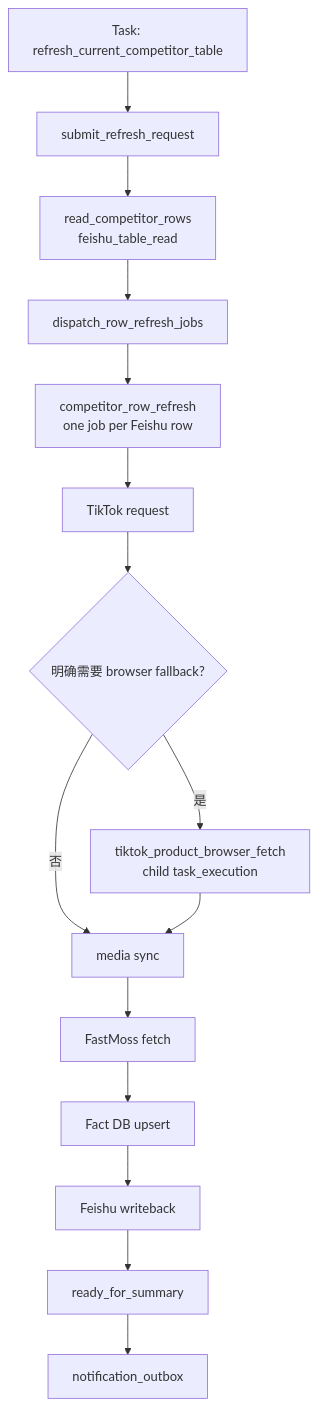
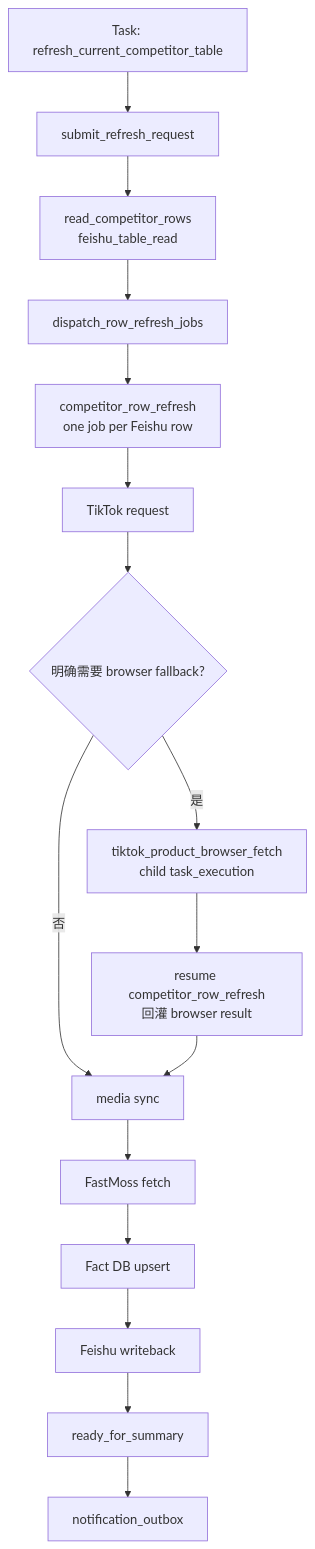
The first of 5 diagrams in docs/arch/workflow-competitor-table-design.md (knighterrantsky/mujitask), drawn with Mermaid before and after one commit. The commit also changed other lines of this file and 44 other files, not shown here.

Commit message:
Fix browser fallback resume boundaries

````diff
--- a/docs/arch/workflow-competitor-table-design.md
+++ b/docs/arch/workflow-competitor-table-design.md
@@ -35,17 +35,18 @@
 ```mermaid
 flowchart TD
     A["Task: refresh_current_competitor_table"] --> B["submit_refresh_request"]
     B --> C["read_competitor_rows<br/>feishu_table_read"]
     C --> D["dispatch_row_refresh_jobs"]
     D --> E["competitor_row_refresh<br/>one job per Feishu row"]
     E --> F["TikTok request"]
     F --> G{"明确需要 browser fallback?"}
     G -->|是| H["tiktok_product_browser_fetch<br/>child task_execution"]
     G -->|否| I["media sync"]
-    H --> I
+    H --> H2["resume competitor_row_refresh<br/>回灌 browser result"]
+    H2 --> I
     I --> J["FastMoss fetch"]
     J --> K["Fact DB upsert"]
     K --> L["Feishu writeback"]
     L --> M["ready_for_summary"]
     M --> N["notification_outbox"]
 ```
````
